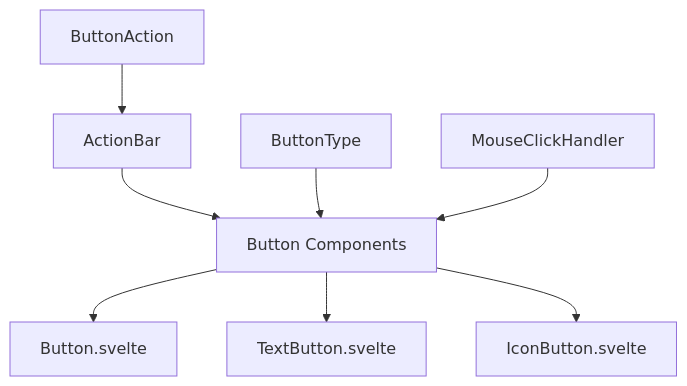
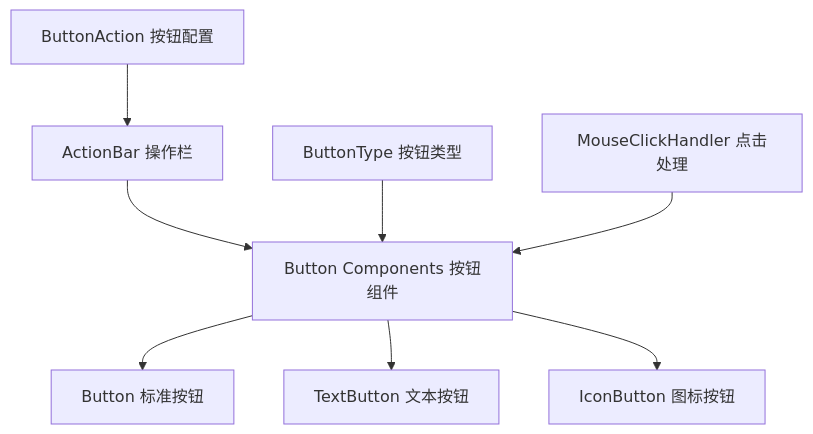
The diagram in docs/buttons/cn/README.md (ticatec/uniface-element), drawn with Mermaid before and after one commit. The commit also changed other lines of this file and 118 other files, not shown here.

````diff
--- a/docs/buttons/cn/README.md
+++ b/docs/buttons/cn/README.md
@@ -29,10 +55,10 @@
 ```mermaid
 graph TD
-    A[ActionBar] --> B[Button Components]
-    B --> C[Button.svelte]
-    B --> D[TextButton.svelte]
-    B --> E[IconButton.svelte]
-    F[ButtonAction] --> A
-    G[ButtonType] --> B
-    H[MouseClickHandler] --> B
+    A[ActionBar 操作栏] --> B[Button Components 按钮组件]
+    B --> C[Button 标准按钮]
+    B --> D[TextButton 文本按钮]
+    B --> E[IconButton 图标按钮]
+    F[ButtonAction 按钮配置] --> A
+    G[ButtonType 按钮类型] --> B
+    H[MouseClickHandler 点击处理] --> B
 ```
````
